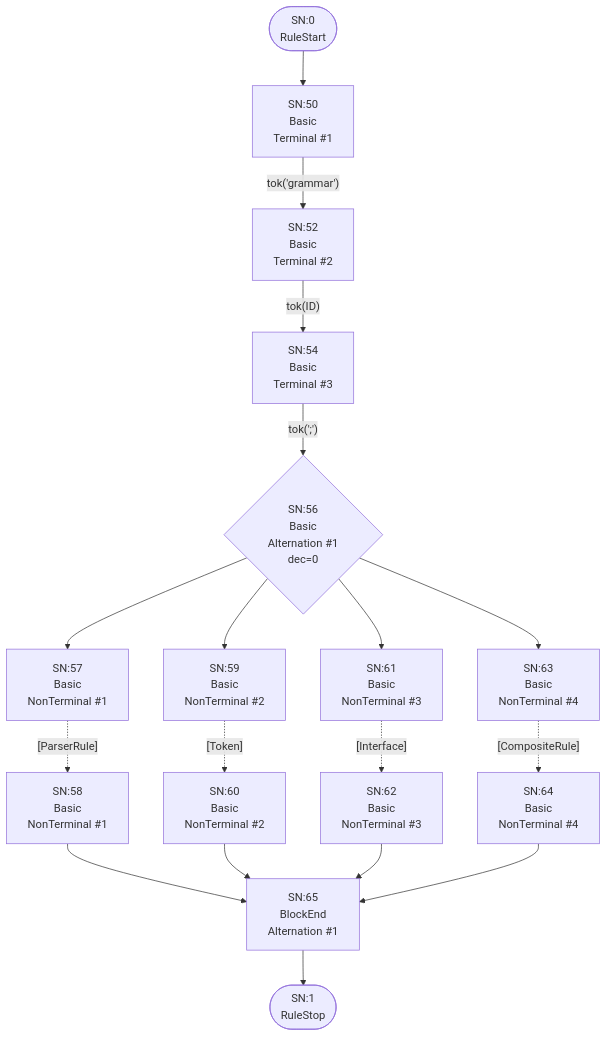
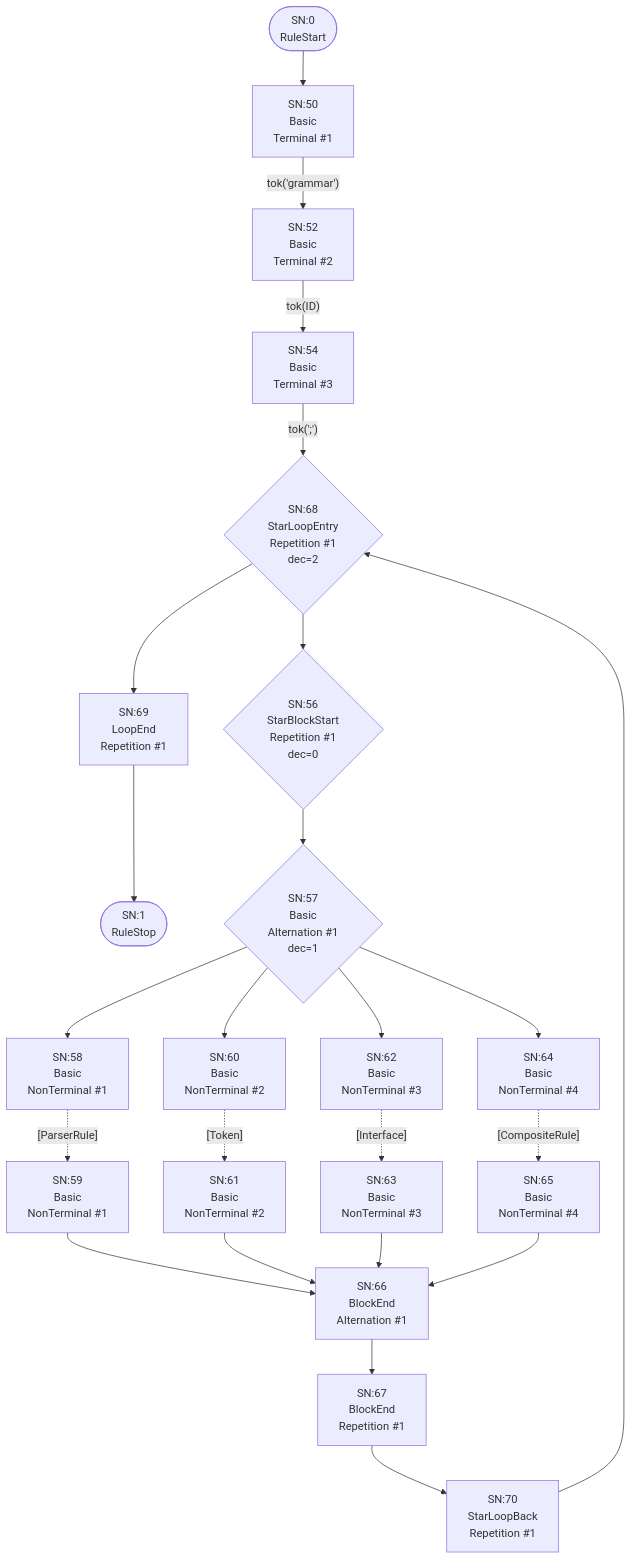
Before and after one commit to TypeFox/fastbelt: the first of 25 diagrams in internal/grammar/atn.md, drawn with Mermaid. The commit also changed other lines of this file and 13 other files, not shown here.

````diff
--- a/internal/grammar/atn.md
+++ b/internal/grammar/atn.md
@@ -5,36 +5,47 @@
 ```mermaid
 flowchart TD
     q0(["SN:0<br/>RuleStart"])
     q1(["SN:1<br/>RuleStop"])
     q50["SN:50<br/>Basic<br/>Terminal #1"]
     q51["SN:52<br/>Basic<br/>Terminal #2"]
     q52["SN:54<br/>Basic<br/>Terminal #3"]
-    q53{"SN:56<br/>Basic<br/>Alternation #1<br/>dec=0"}
-    q54["SN:57<br/>Basic<br/>NonTerminal #1"]
+    q53{"SN:56<br/>StarBlockStart<br/>Repetition #1<br/>dec=0"}
+    q54{"SN:57<br/>Basic<br/>Alternation #1<br/>dec=1"}
     q55["SN:58<br/>Basic<br/>NonTerminal #1"]
-    q56["SN:59<br/>Basic<br/>NonTerminal #2"]
+    q56["SN:59<br/>Basic<br/>NonTerminal #1"]
     q57["SN:60<br/>Basic<br/>NonTerminal #2"]
-    q58["SN:61<br/>Basic<br/>NonTerminal #3"]
+    q58["SN:61<br/>Basic<br/>NonTerminal #2"]
     q59["SN:62<br/>Basic<br/>NonTerminal #3"]
-    q60["SN:63<br/>Basic<br/>NonTerminal #4"]
+    q60["SN:63<br/>Basic<br/>NonTerminal #3"]
     q61["SN:64<br/>Basic<br/>NonTerminal #4"]
-    q62["SN:65<br/>BlockEnd<br/>Alternation #1"]
+    q62["SN:65<br/>Basic<br/>NonTerminal #4"]
+    q63["SN:66<br/>BlockEnd<br/>Alternation #1"]
+    q64["SN:67<br/>BlockEnd<br/>Repetition #1"]
+    q65{"SN:68<br/>StarLoopEntry<br/>Repetition #1<br/>dec=2"}
+    q66["SN:69<br/>LoopEnd<br/>Repetition #1"]
+    q67["SN:70<br/>StarLoopBack<br/>Repetition #1"]
 
     q0 --> q50
     q50 -->|"tok('grammar')"| q51
     q51 -->|"tok(ID)"| q52
-    q52 -->|"tok(';')"| q53
+    q52 -->|"tok(';')"| q65
     q53 --> q54
-    q53 --> q56
-    q53 --> q58
-    q53 --> q60
-    q54 -.->|"[ParserRule]"| q55
-    q55 --> q62
-    q56 -.->|"[Token]"| q57
-    q57 --> q62
-    q58 -.->|"[Interface]"| q59
-    q59 --> q62
-    q60 -.->|"[CompositeRule]"| q61
-    q61 --> q62
-    q62 --> q1
+    q54 --> q55
+    q54 --> q57
+    q54 --> q59
+    q54 --> q61
+    q55 -.->|"[ParserRule]"| q56
+    q56 --> q63
+    q57 -.->|"[Token]"| q58
+    q58 --> q63
+    q59 -.->|"[Interface]"| q60
+    q60 --> q63
+    q61 -.->|"[CompositeRule]"| q62
+    q62 --> q63
+    q63 --> q64
+    q64 --> q67
+    q65 --> q53
+    q65 --> q66
+    q66 --> q1
+    q67 --> q65
 ```
````
